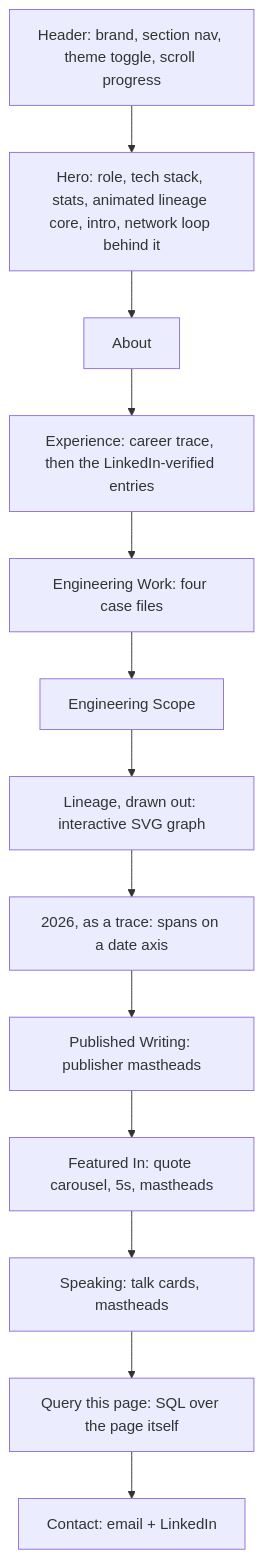
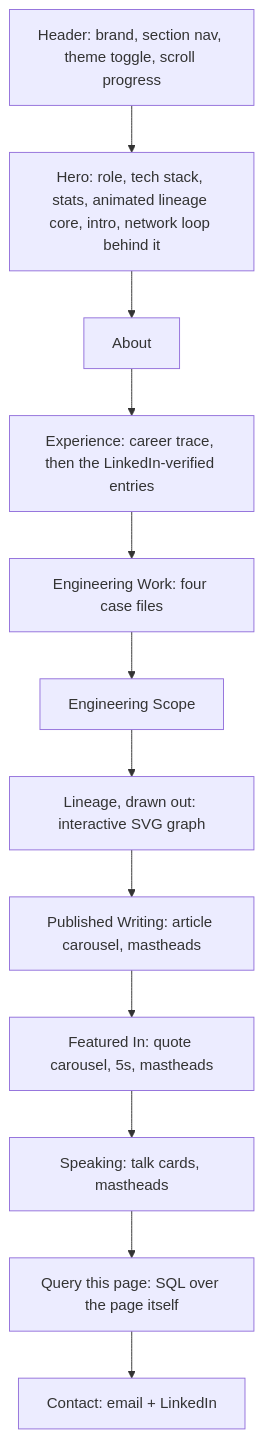
One commit to vishuvardhan16/stackhidden.com changed the second of 3 diagrams in README.md. Above: the diagram before and after it, drawn with Mermaid. The commit also changed other lines of this file and 4 other files, not shown here.

First line of the commit message:
docs: the trace removal and the new carousel controls

````diff
--- a/README.md
+++ b/README.md
@@ -86,16 +85,15 @@
 ```mermaid
 flowchart TD
     H["Header: brand, section nav, theme toggle, scroll progress"]
     H --> Hero["Hero: role, tech stack, stats, animated lineage core, intro, network loop behind it"]
     Hero --> About
     About --> Experience["Experience: career trace, then the LinkedIn-verified entries"]
     Experience --> Work["Engineering Work: four case files"]
     Work --> Scope["Engineering Scope"]
     Scope --> Lineage["Lineage, drawn out: interactive SVG graph"]
-    Lineage --> Trace["2026, as a trace: spans on a date axis"]
-    Trace --> Writing["Published Writing: publisher mastheads"]
+    Lineage --> Writing["Published Writing: article carousel, mastheads"]
     Writing --> Featured["Featured In: quote carousel, 5s, mastheads"]
     Featured --> Speaking["Speaking: talk cards, mastheads"]
     Speaking --> Query["Query this page: SQL over the page itself"]
     Query --> Contact["Contact: email + LinkedIn"]
 ```
````
